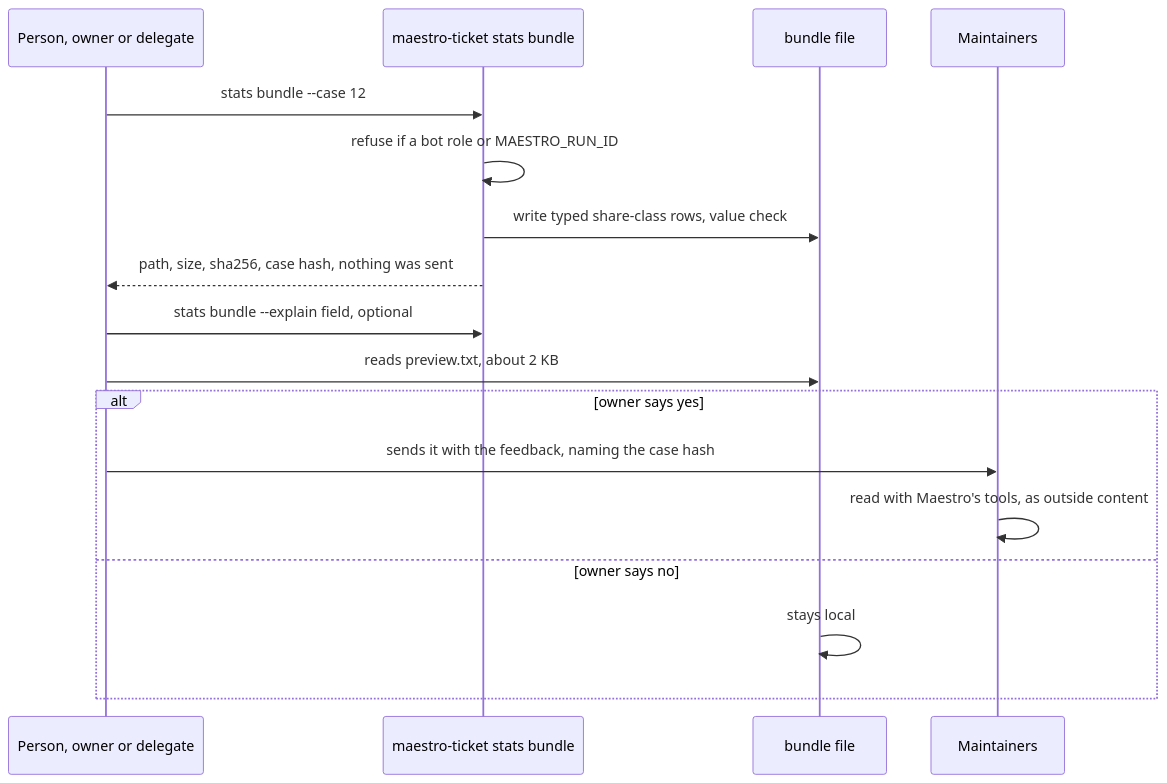
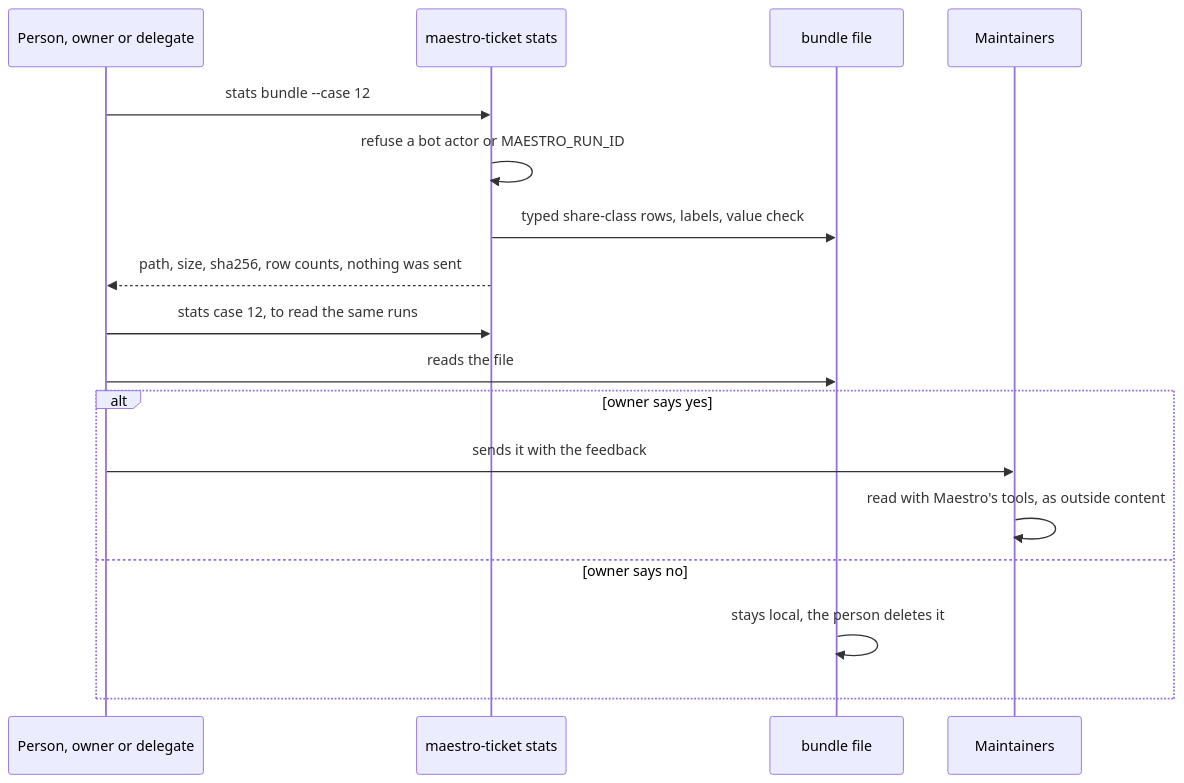
Before and after one commit to ProlesDei/maestro: the tenth of 11 diagrams in docs/design/data-collection.md, drawn with Mermaid. The commit also changed other lines of this file and 3 other files, not shown here.

````diff
--- a/docs/design/data-collection.md
+++ b/docs/design/data-collection.md
@@ -783,19 +734,19 @@
 ```mermaid
 sequenceDiagram
   participant P as Person, owner or delegate
-  participant MT as maestro-ticket stats bundle
+  participant MT as maestro-ticket stats
   participant F as bundle file
   participant M as Maintainers
   P->>MT: stats bundle --case 12
-  MT->>MT: refuse if a bot role or MAESTRO_RUN_ID
-  MT->>F: write typed share-class rows, value check
-  MT-->>P: path, size, sha256, case hash, nothing was sent
-  P->>MT: stats bundle --explain field, optional
-  P->>F: reads preview.txt, about 2 KB
+  MT->>MT: refuse a bot actor or MAESTRO_RUN_ID
+  MT->>F: typed share-class rows, labels, value check
+  MT-->>P: path, size, sha256, row counts, nothing was sent
+  P->>MT: stats case 12, to read the same runs
+  P->>F: reads the file
   alt owner says yes
-    P->>M: sends it with the feedback, naming the case hash
+    P->>M: sends it with the feedback
     M->>M: read with Maestro's tools, as outside content
   else owner says no
-    F->>F: stays local
+    F->>F: stays local, the person deletes it
   end
 ```
````
